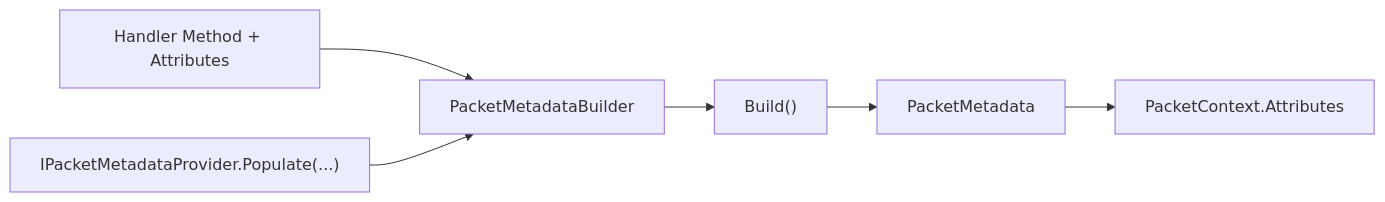
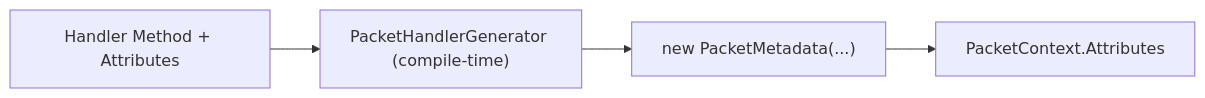
Before and after one commit to ppn-systems/Nalix: the diagram in docs/api/abstractions/packet-metadata.md, drawn with Mermaid. The commit also changed other lines of this file and 63 other files, not shown here.

````diff
--- a/docs/api/abstractions/packet-metadata.md
+++ b/docs/api/abstractions/packet-metadata.md
@@ -32,8 +16,6 @@
 ```mermaid
 flowchart LR
-    A["Handler Method + Attributes"] --> B["PacketMetadataBuilder"]
-    C["IPacketMetadataProvider.Populate(...) "] --> B
-    B --> D["Build()"]
-    D --> E["PacketMetadata"]
-    E --> F["PacketContext.Attributes"]
+    A["Handler Method + Attributes"] --> B["PacketHandlerGenerator (compile-time)"]
+    B --> C["new PacketMetadata(...)"]
+    C --> D["PacketContext.Attributes"]
 ```
````
